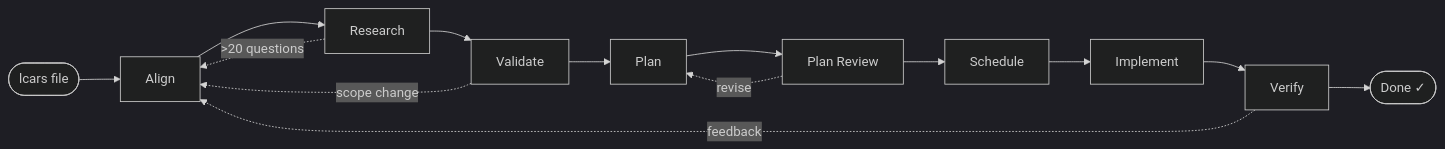
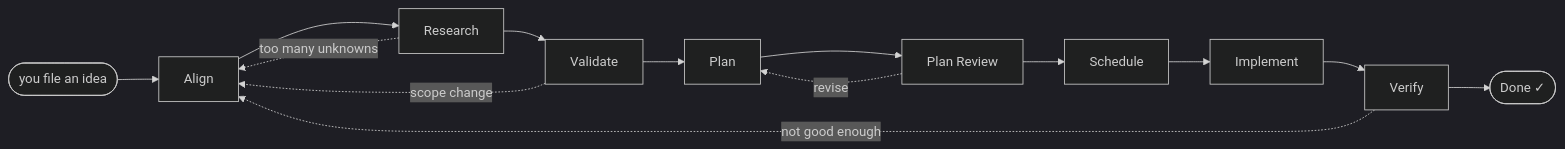
Before and after one commit to roferg/LCARS: the diagram in README.md, drawn with Mermaid (dark theme). The commit also changed other lines of this file and 13 other files, not shown here.

````diff
--- a/README.md
+++ b/README.md
@@ -168,17 +30,17 @@
 ```mermaid
 flowchart LR
-    E([lcars file]) --> A[Align]
+    E([you file an idea]) --> A[Align]
     A --> R[Research]
     R --> V[Validate]
     V --> P[Plan]
     P --> PR[Plan Review]
     PR -. "revise" .-> P
     PR --> S[Schedule]
     S --> I[Implement]
     I --> VR[Verify]
     VR --> D([Done ✓])
 
-    R -. ">20 questions" .-> A
+    R -. "too many unknowns" .-> A
     V -. "scope change" .-> A
-    VR -. "feedback" .-> A
+    VR -. "not good enough" .-> A
 ```
````
